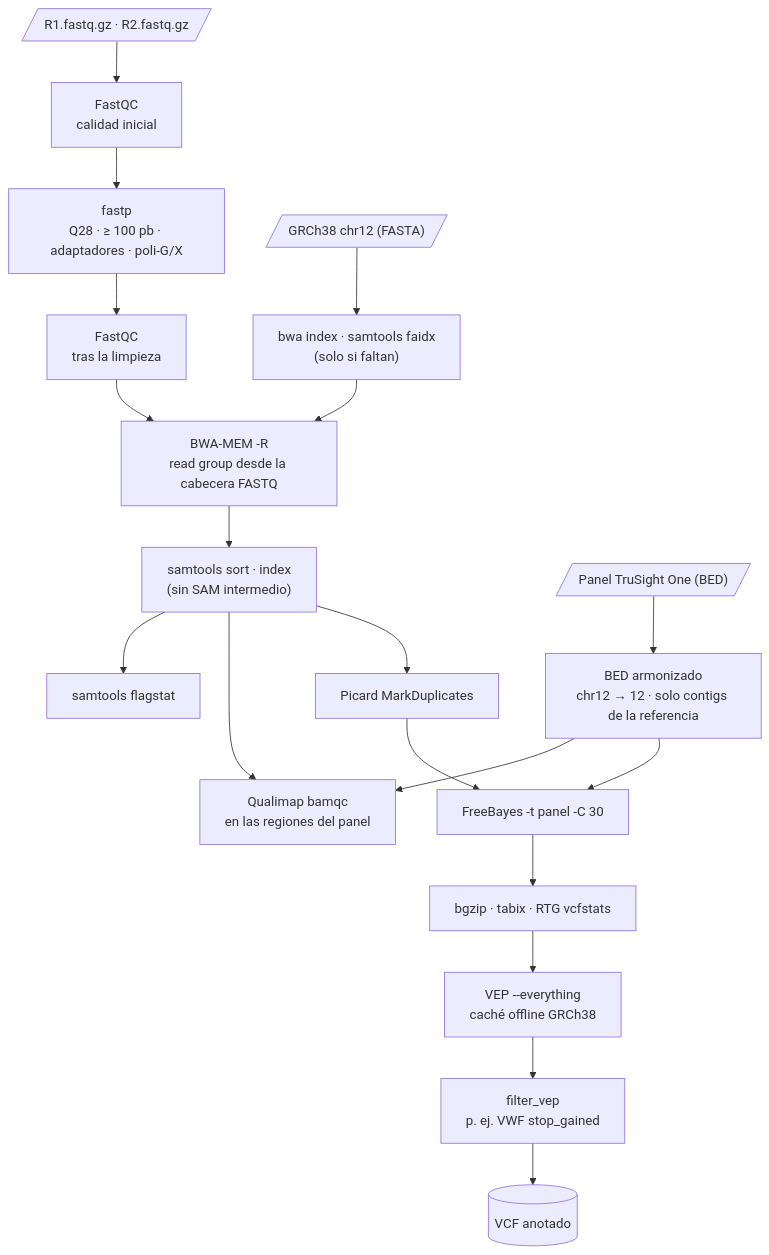
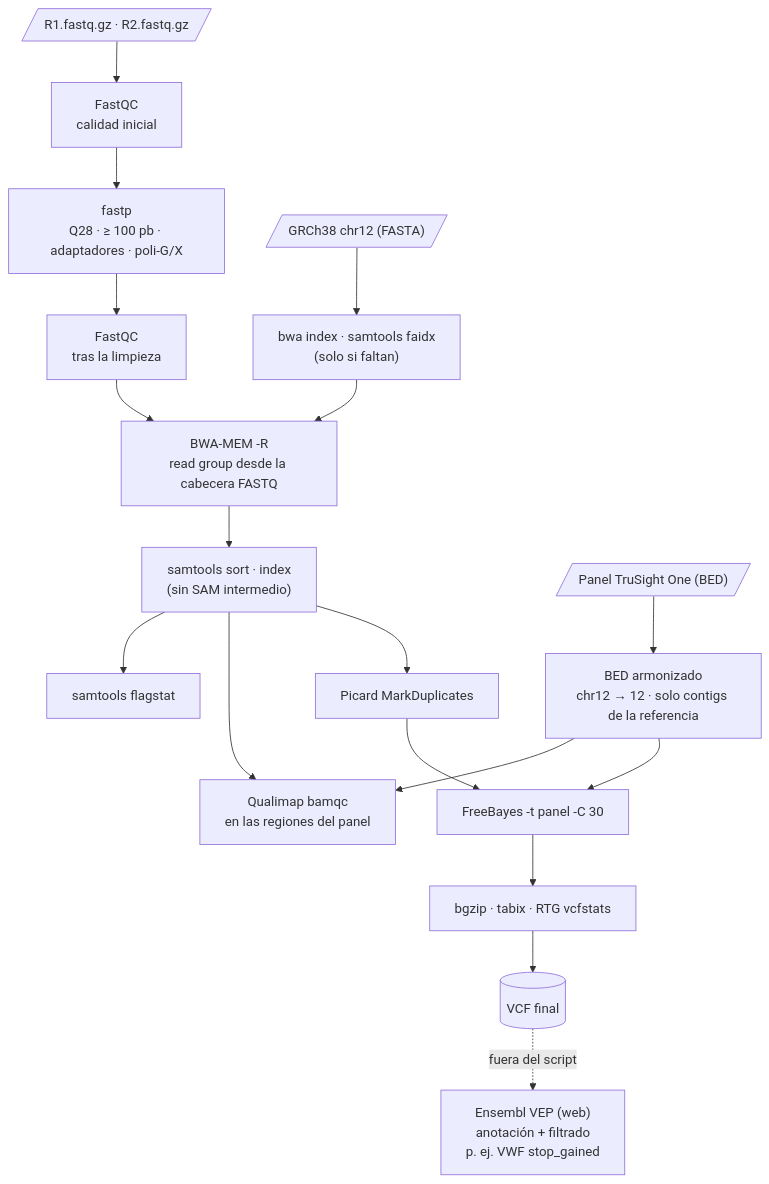
The third of 9 diagrams in README.md (AndoniM12/ngs-pipelines), drawn with Mermaid before and after one commit. The commit also changed other lines of this file and 6 other files, not shown here.

First line of the commit message:
VEP en la web y registro nuevo en cada ejecución

````diff
--- a/README.md
+++ b/README.md
@@ -168,21 +168,20 @@
 ```mermaid
 flowchart TD
     R1[/"R1.fastq.gz · R2.fastq.gz"/] --> QC1["FastQC<br/>calidad inicial"]
     QC1 --> FP["fastp<br/>Q28 · ≥ 100 pb · adaptadores · poli-G/X"]
     FP --> QC2["FastQC<br/>tras la limpieza"]
     REF[/"GRCh38 chr12 (FASTA)"/] --> IDX["bwa index · samtools faidx<br/>(solo si faltan)"]
     QC2 --> BWA["BWA-MEM -R<br/>read group desde la cabecera FASTQ"]
     IDX --> BWA
     BWA --> SORT["samtools sort · index<br/>(sin SAM intermedio)"]
     BED[/"Panel TruSight One (BED)"/] --> HB["BED armonizado<br/>chr12 → 12 · solo contigs de la referencia"]
     SORT --> FS["samtools flagstat"]
     SORT --> QM["Qualimap bamqc<br/>en las regiones del panel"]
     HB --> QM
     SORT --> MD["Picard MarkDuplicates"]
     MD --> FB["FreeBayes -t panel -C 30"]
     HB --> FB
     FB --> ST["bgzip · tabix · RTG vcfstats"]
-    ST --> VEP["VEP --everything<br/>caché offline GRCh38"]
-    VEP --> FV["filter_vep<br/>p. ej. VWF stop_gained"]
-    FV --> OUT[("VCF anotado")]
+    ST --> OUT[("VCF final")]
+    OUT -. "fuera del script" .-> VEP["Ensembl VEP (web)<br/>anotación + filtrado<br/>p. ej. VWF stop_gained"]
 ```
````
